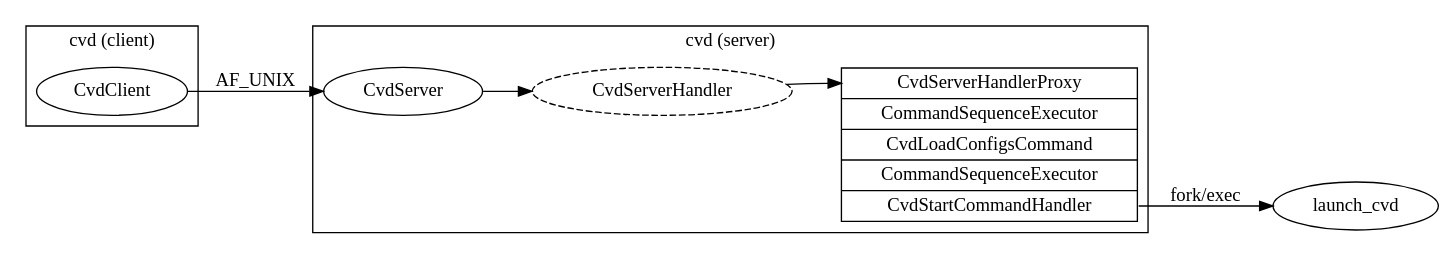
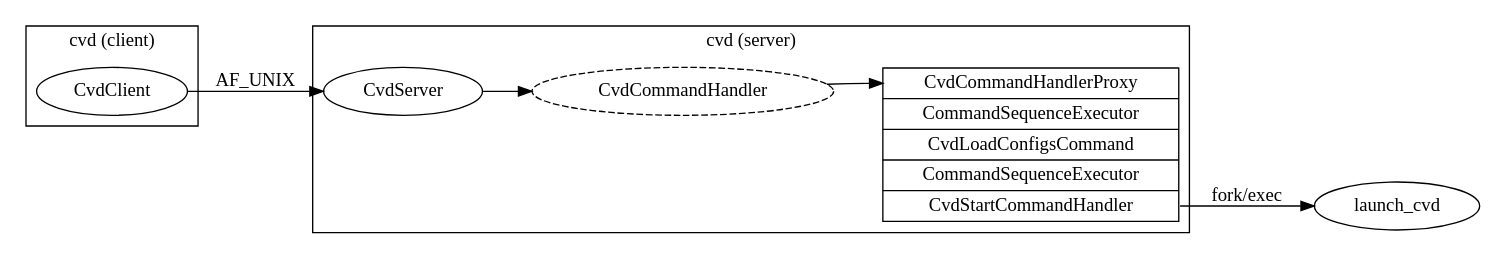
The diagram in base/cvd/cuttlefish/host/commands/cvd/doc/load_config.dot (google/android-cuttlefish), drawn with Graphviz before and after one commit. The commit also changed 60 other files, not shown here.

Commit message:
Rename CvdServerHandler as CvdCommandHandler

```diff
--- a/base/cvd/cuttlefish/host/commands/cvd/doc/load_config.dot
+++ b/base/cvd/cuttlefish/host/commands/cvd/doc/load_config.dot
@@ -1,22 +1,22 @@
 digraph {
   rankdir = "LR"
 
   subgraph cluster_cvd_client {
     label = "cvd (client)"
     CvdClient
   }
   subgraph cluster_cvd_server {
     label = "cvd (server)"
 
     CvdServer
-    CvdServerHandler [style = "dashed"]
+    CvdCommandHandler [style = "dashed"]
 
-    Request [shape = "record", label = "<proxy> CvdServerHandlerProxy | CommandSequenceExecutor | CvdLoadConfigsCommand | CommandSequenceExecutor | <start> CvdStartCommandHandler"]
+    Request [shape = "record", label = "<proxy> CvdCommandHandlerProxy | CommandSequenceExecutor | CvdLoadConfigsCommand | CommandSequenceExecutor | <start> CvdStartCommandHandler"]
   }
   launch_cvd
 
   CvdClient -> CvdServer [label = "AF_UNIX"]
-  CvdServer -> CvdServerHandler
-  CvdServerHandler -> Request:proxy
+  CvdServer -> CvdCommandHandler
+  CvdCommandHandler -> Request:proxy
   Request:start -> launch_cvd [label = "fork/exec"]
 }
```
